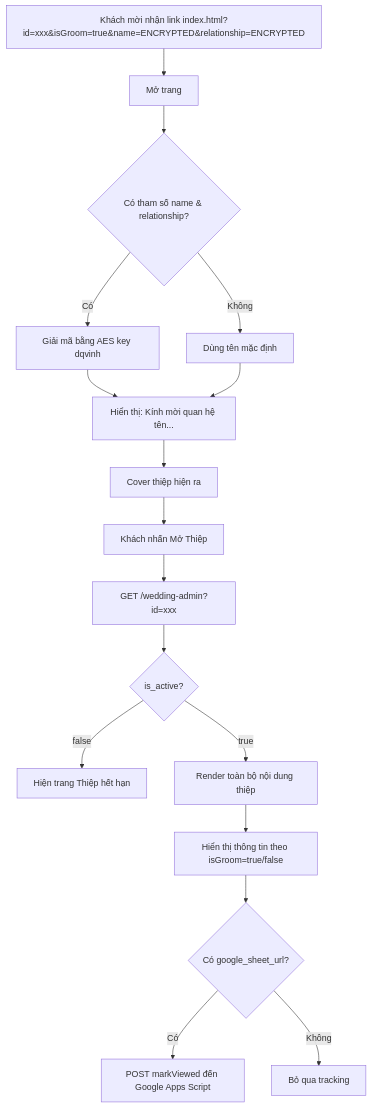
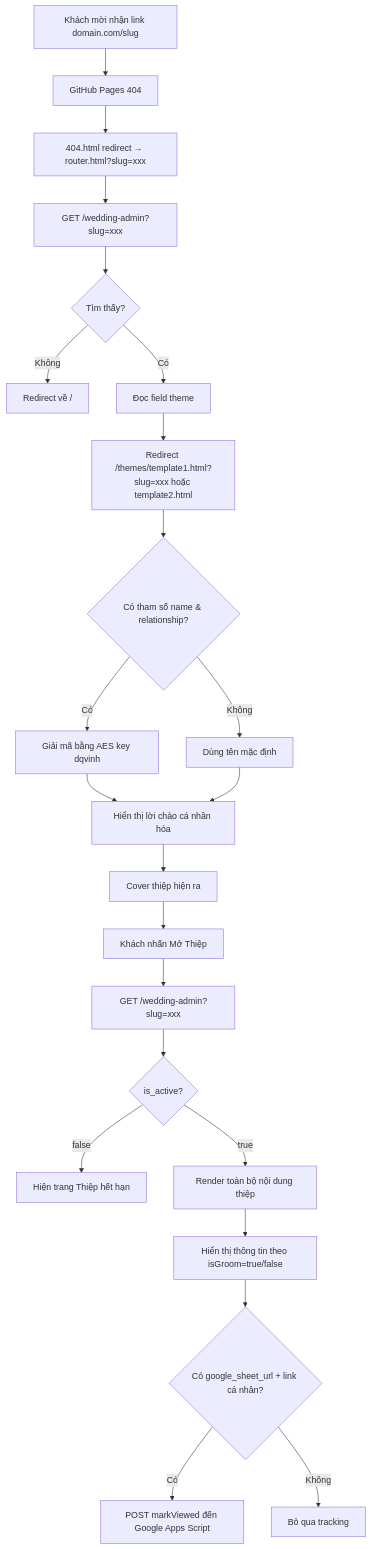
Before and after one commit to cuoixinh/cuoixinh.github.io: the third of 4 diagrams in documents/ARCHITECTURE.md, drawn with Mermaid. The commit also changed other lines of this file and 13 other files, not shown here.

````diff
--- a/documents/ARCHITECTURE.md
+++ b/documents/ARCHITECTURE.md
@@ -82,19 +82,25 @@
 ```mermaid
 flowchart TD
-    A[Khách mời nhận link index.html?id=xxx&isGroom=true&name=ENCRYPTED&relationship=ENCRYPTED] --> B[Mở trang]
-    B --> C{Có tham số name & relationship?}
-    C -->|Có| D[Giải mã bằng AES key dqvinh]
-    C -->|Không| E[Dùng tên mặc định]
-    D --> F[Hiển thị: Kính mời quan hệ tên...]
-    E --> F
-    F --> G[Cover thiệp hiện ra]
-    G --> H[Khách nhấn Mở Thiệp]
-    H --> I[GET /wedding-admin?id=xxx]
-    I --> J{is_active?}
-    J -->|false| K[Hiện trang Thiệp hết hạn]
-    J -->|true| L[Render toàn bộ nội dung thiệp]
-    L --> M[Hiển thị thông tin theo isGroom=true/false]
-    M --> N{Có google_sheet_url?}
-    N -->|Có| O[POST markViewed đến Google Apps Script]
-    N -->|Không| P[Bỏ qua tracking]
+    A[Khách mời nhận link domain.com/slug] --> B[GitHub Pages 404]
+    B --> C[404.html redirect → router.html?slug=xxx]
+    C --> D[GET /wedding-admin?slug=xxx]
+    D --> E{Tìm thấy?}
+    E -->|Không| F[Redirect về /]
+    E -->|Có| G[Đọc field theme]
+    G --> H[Redirect /themes/template1.html?slug=xxx hoặc template2.html]
+    H --> I{Có tham số name & relationship?}
+    I -->|Có| J[Giải mã bằng AES key dqvinh]
+    I -->|Không| K[Dùng tên mặc định]
+    J --> L[Hiển thị lời chào cá nhân hóa]
+    K --> L
+    L --> M[Cover thiệp hiện ra]
+    M --> N[Khách nhấn Mở Thiệp]
+    N --> O[GET /wedding-admin?slug=xxx]
+    O --> P{is_active?}
+    P -->|false| Q[Hiện trang Thiệp hết hạn]
+    P -->|true| R[Render toàn bộ nội dung thiệp]
+    R --> S[Hiển thị thông tin theo isGroom=true/false]
+    S --> T{Có google_sheet_url + link cá nhân?}
+    T -->|Có| U[POST markViewed đến Google Apps Script]
+    T -->|Không| V[Bỏ qua tracking]
 ```
````
